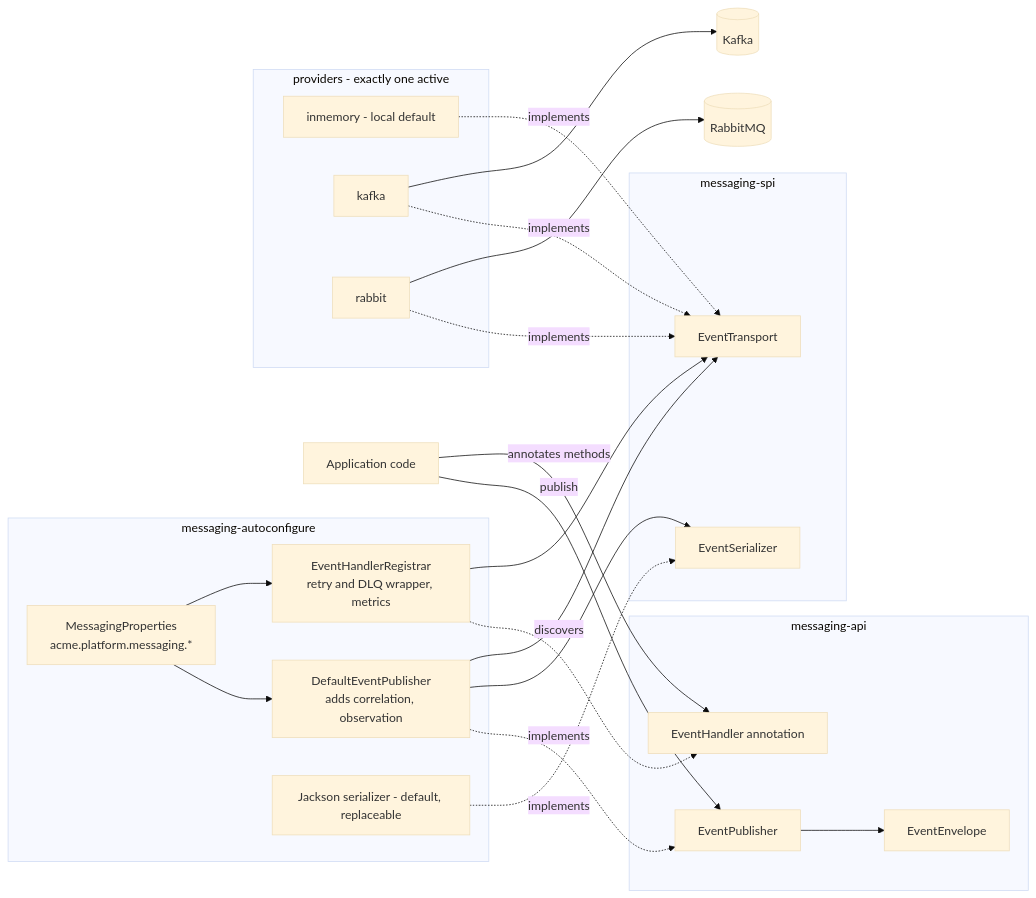
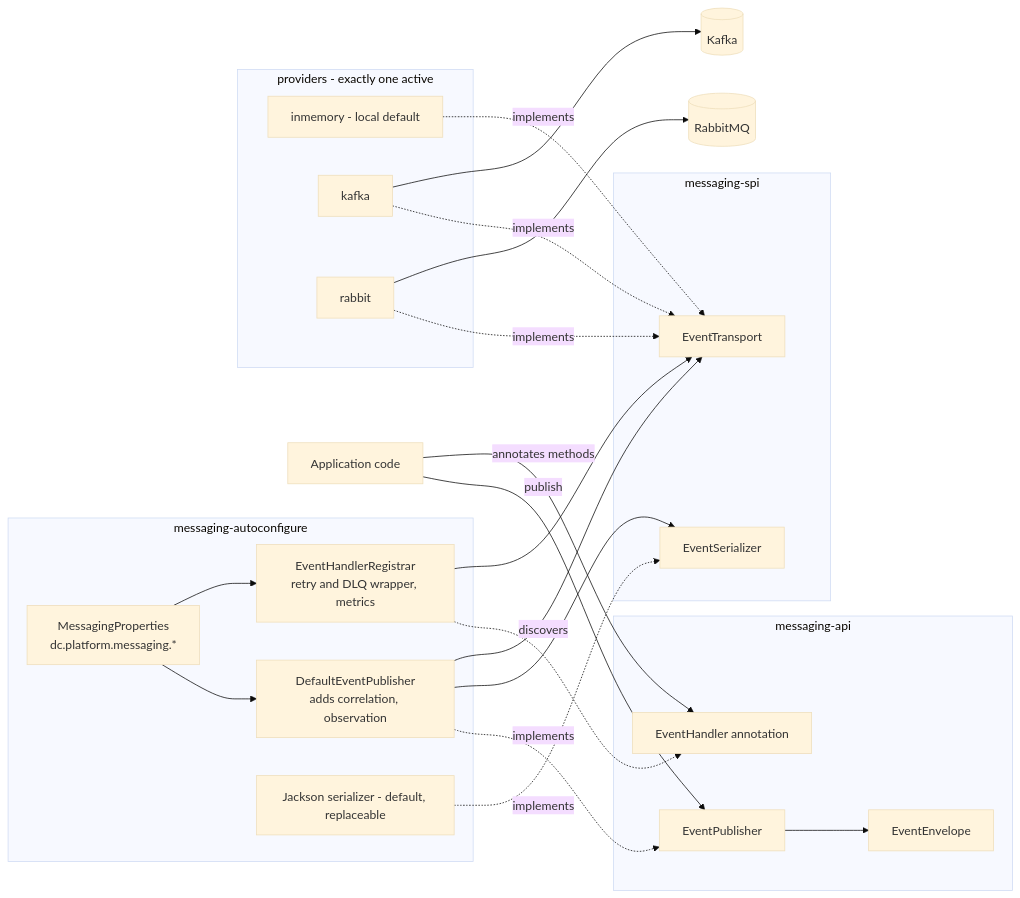
One commit to muhammadallee/dc-platform changed the diagram in docs/diagrams/component-messaging.mermaid. Above: the diagram before and after it, drawn with Mermaid (base theme). The commit also changed 111 other files, not shown here.

```diff
--- a/docs/diagrams/component-messaging.mermaid
+++ b/docs/diagrams/component-messaging.mermaid
@@ -1,38 +1,38 @@
 flowchart LR
   appc["Application code"]
   subgraph api["messaging-api"]
     pub["EventPublisher"]
     hnd["EventHandler annotation"]
     env["EventEnvelope"]
   end
   subgraph auto["messaging-autoconfigure"]
     dpub["DefaultEventPublisher<br>adds correlation, observation"]
     reg["EventHandlerRegistrar<br>retry and DLQ wrapper, metrics"]
     ser["Jackson serializer - default, replaceable"]
-    props["MessagingProperties<br>acme.platform.messaging.*"]
+    props["MessagingProperties<br>dc.platform.messaging.*"]
   end
   subgraph spi["messaging-spi"]
     tr["EventTransport"]
     srz["EventSerializer"]
   end
   subgraph prov["providers - exactly one active"]
     inm["inmemory - local default"]
     kfk["kafka"]
     rbt["rabbit"]
   end
   appc -->|publish| pub
   appc -->|annotates methods| hnd
   pub --> env
   dpub -. implements .-> pub
   reg -. discovers .-> hnd
   ser -. implements .-> srz
   dpub --> srz
   dpub --> tr
   reg --> tr
   props --> dpub
   props --> reg
   inm -. implements .-> tr
   kfk -. implements .-> tr
   rbt -. implements .-> tr
   kfk --> kb[("Kafka")]
   rbt --> rb[("RabbitMQ")]
```
